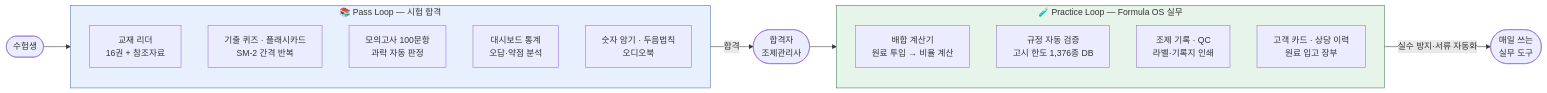
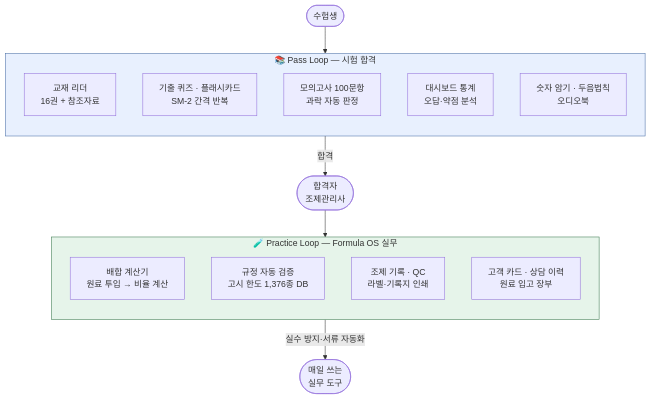
Before and after one commit to skygoldlee-cyber/Personalized_Skincare: the first of 2 diagrams in docs/유튜브_홍보동영상_제작의뢰서.md, drawn with Mermaid. The commit also changed other lines of this file, not shown here.

Commit message:
docs: 의뢰서 머메이드 다이어그램 방향 LR→TB 세로 배치

````diff
--- a/docs/유튜브_홍보동영상_제작의뢰서.md
+++ b/docs/유튜브_홍보동영상_제작의뢰서.md
@@ -41,28 +41,28 @@
 ```mermaid
-flowchart LR
+flowchart TB
     subgraph PASS["📚 Pass Loop — 시험 합격"]
         direction TB
         P1["교재 리더<br/>16권 + 참조자료"]
         P2["기출 퀴즈 · 플래시카드<br/>SM-2 간격 반복"]
         P3["모의고사 100문항<br/>과락 자동 판정"]
         P4["대시보드 통계<br/>오답·약점 분석"]
         P5["숫자 암기 · 두음법칙<br/>오디오북"]
     end
 
     USER(["수험생"]) --> PASS
     PASS -->|합격| PASSER(["합격자<br/>조제관리사"])
 
     subgraph PRACTICE["🧪 Practice Loop — Formula OS 실무"]
         direction TB
         F1["배합 계산기<br/>원료 투입 → 비율 계산"]
         F2["규정 자동 검증<br/>고시 한도 1,376종 DB"]
         F3["조제 기록 · QC<br/>라벨·기록지 인쇄"]
         F4["고객 카드 · 상담 이력<br/>원료 입고 장부"]
     end
 
     PASSER --> PRACTICE
     PRACTICE -->|실수 방지·서류 자동화| WORK(["매일 쓰는<br/>실무 도구"])
 
     style PASS fill:#e8f0fe,stroke:#4a6fa5
     style PRACTICE fill:#e6f4ea,stroke:#3c7a4f
 ```
````
